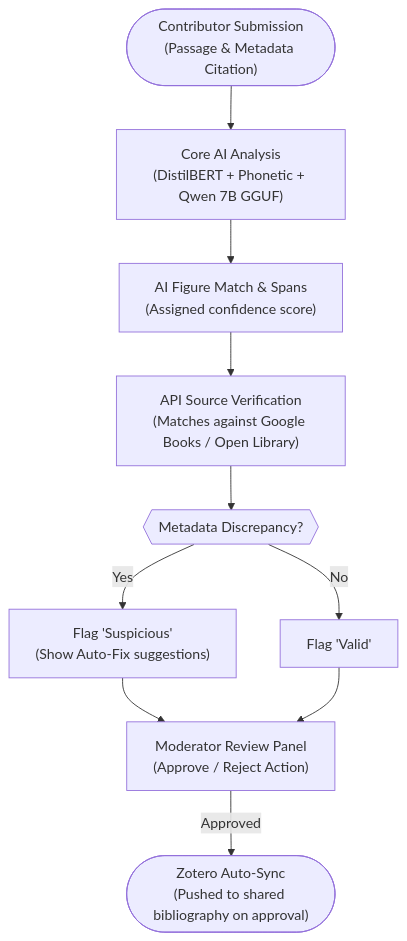
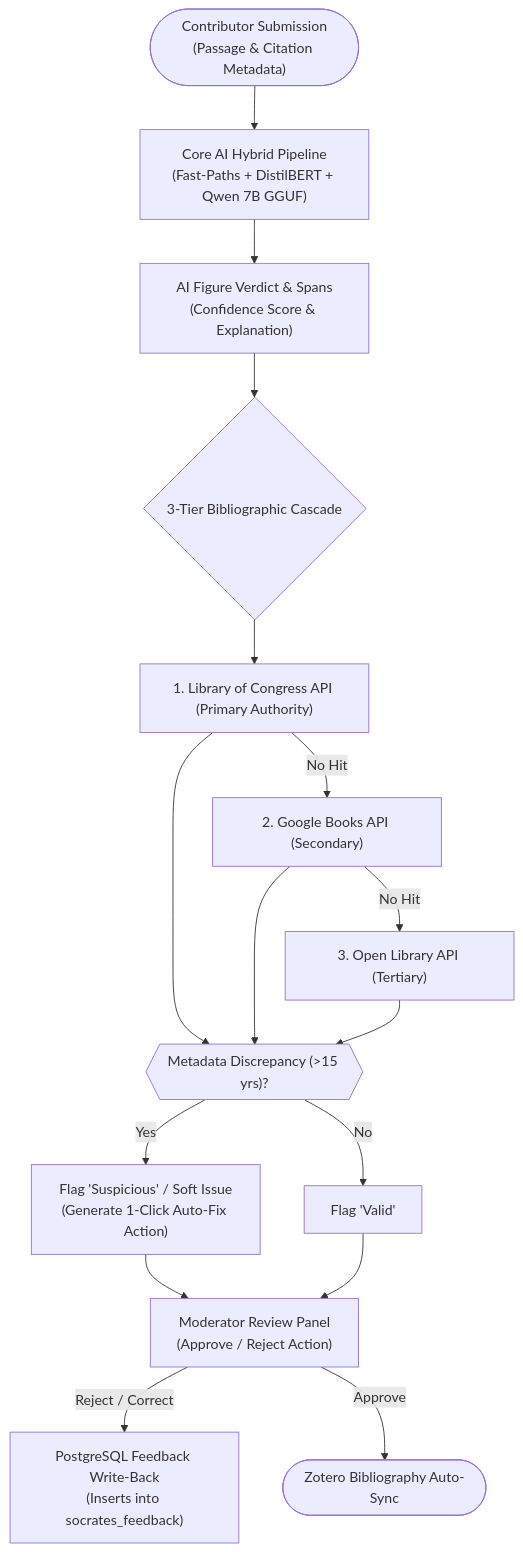
Before and after one commit to prabhsharan1/Research_iSocrates: the second of 2 diagrams in README.md, drawn with Mermaid. The commit also changed other lines of this file, not shown here.

````diff
--- a/README.md
+++ b/README.md
@@ -46,22 +46,30 @@
 ```mermaid
 flowchart TD
-    A2(["Contributor Submission\n(Passage & Metadata Citation)"])
-    B2["Core AI Analysis\n(DistilBERT + Phonetic + Qwen 7B GGUF)"]
-    C2["AI Figure Match & Spans\n(Assigned confidence score)"]
-    D2["API Source Verification\n(Matches against Google Books / Open Library)"]
-    E2{{"Metadata Discrepancy?"}}
-    F2["Flag 'Suspicious'\n(Show Auto-Fix suggestions)"]
+    A2(["Contributor Submission\n(Passage & Citation Metadata)"])
+    B2["Core AI Hybrid Pipeline\n(Fast-Paths + DistilBERT + Qwen 7B GGUF)"]
+    C2["AI Figure Verdict & Spans\n(Confidence Score & Explanation)"]
+    D2{"3-Tier Bibliographic Cascade"}
+    D2_LOC["1. Library of Congress API (Primary Authority)"]
+    D2_GB["2. Google Books API (Secondary)"]
+    D2_OL["3. Open Library API (Tertiary)"]
+    E2{{"Metadata Discrepancy (>15 yrs)?"}}
+    F2["Flag 'Suspicious' / Soft Issue\n(Generate 1-Click Auto-Fix Action)"]
     G2["Flag 'Valid'"]
     H2["Moderator Review Panel\n(Approve / Reject Action)"]
-    I2(["Zotero Auto-Sync\n(Pushed to shared bibliography on approval)"])
+    I2["PostgreSQL Feedback Write-Back\n(Inserts into socrates_feedback)"]
+    J2(["Zotero Bibliography Auto-Sync"])
 
     A2 --> B2
     B2 --> C2
     C2 --> D2
-    D2 --> E2
+    D2 --> D2_LOC
+    D2_LOC -- "No Hit" --> D2_GB
+    D2_GB -- "No Hit" --> D2_OL
+    D2_LOC & D2_GB & D2_OL --> E2
     E2 -- "Yes" --> F2
     E2 -- "No" --> G2
     F2 --> H2
     G2 --> H2
-    H2 -- "Approved" --> I2
+    H2 -- "Reject / Correct" --> I2
+    H2 -- "Approve" --> J2
 ```
````
